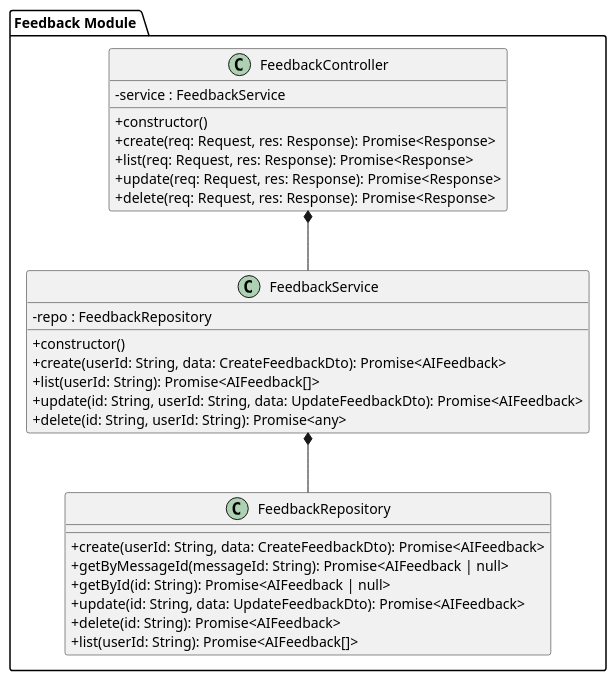
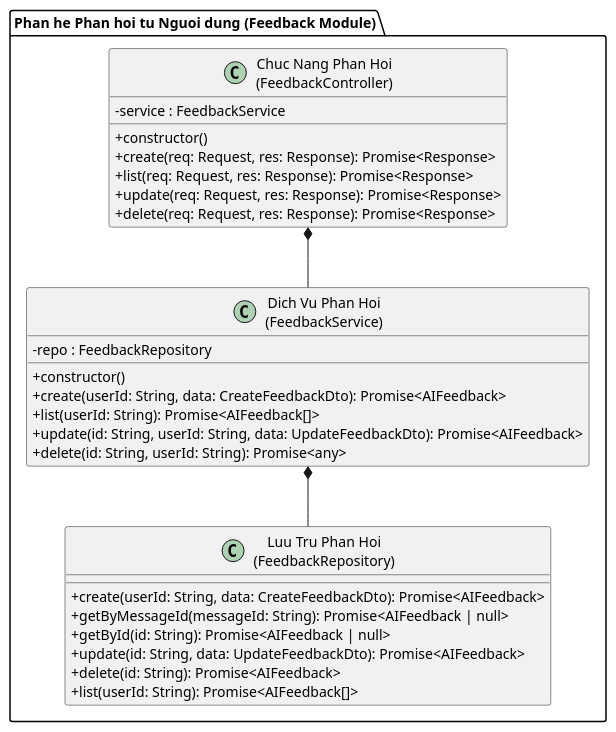
One commit to ntctuongktpm2211030-crypto/Thuc_Tap_NTD changed the diagram in docs/uml/Class/Class_Event.puml. Above: the diagram before and after it, drawn with PlantUML. The commit also changed 20 other files, not shown here.

```diff
--- a/docs/uml/Class/Class_Event.puml
+++ b/docs/uml/Class/Class_Event.puml
@@ -1,39 +1,39 @@
 @startuml Class_Event
 
 skinparam linetype ortho
 skinparam classAttributeIconSize 0
 
-package "Feedback Module " {
+package "Phan he Phan hoi tu Nguoi dung (Feedback Module)" {
 
-  class "FeedbackController" as FeedbackController {
+  class "Chuc Nang Phan Hoi\n(FeedbackController)" as FeedbackController {
     - service : FeedbackService
     + constructor()
     + create(req: Request, res: Response): Promise<Response>
     + list(req: Request, res: Response): Promise<Response>
     + update(req: Request, res: Response): Promise<Response>
     + delete(req: Request, res: Response): Promise<Response>
   }
 
-  class "FeedbackService" as FeedbackService {
+  class "Dich Vu Phan Hoi\n(FeedbackService)" as FeedbackService {
     - repo : FeedbackRepository
     + constructor()
     + create(userId: String, data: CreateFeedbackDto): Promise<AIFeedback>
     + list(userId: String): Promise<AIFeedback[]>
     + update(id: String, userId: String, data: UpdateFeedbackDto): Promise<AIFeedback>
     + delete(id: String, userId: String): Promise<any>
   }
 
-  class "FeedbackRepository" as FeedbackRepository {
+  class "Luu Tru Phan Hoi\n(FeedbackRepository)" as FeedbackRepository {
     + create(userId: String, data: CreateFeedbackDto): Promise<AIFeedback>
     + getByMessageId(messageId: String): Promise<AIFeedback | null>
     + getById(id: String): Promise<AIFeedback | null>
     + update(id: String, data: UpdateFeedbackDto): Promise<AIFeedback>
     + delete(id: String): Promise<AIFeedback>
     + list(userId: String): Promise<AIFeedback[]>
   }
 }
 
 FeedbackController *-- FeedbackService
 FeedbackService *-- FeedbackRepository
 
 @enduml
```
